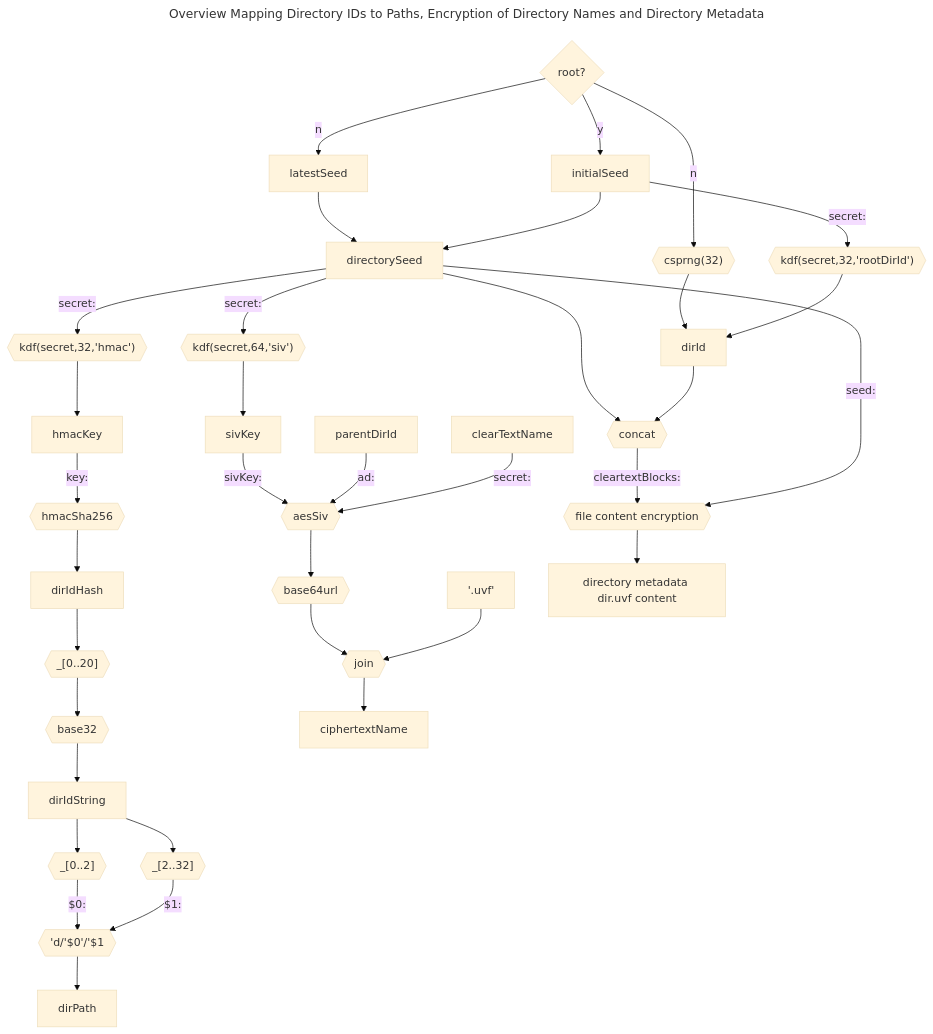
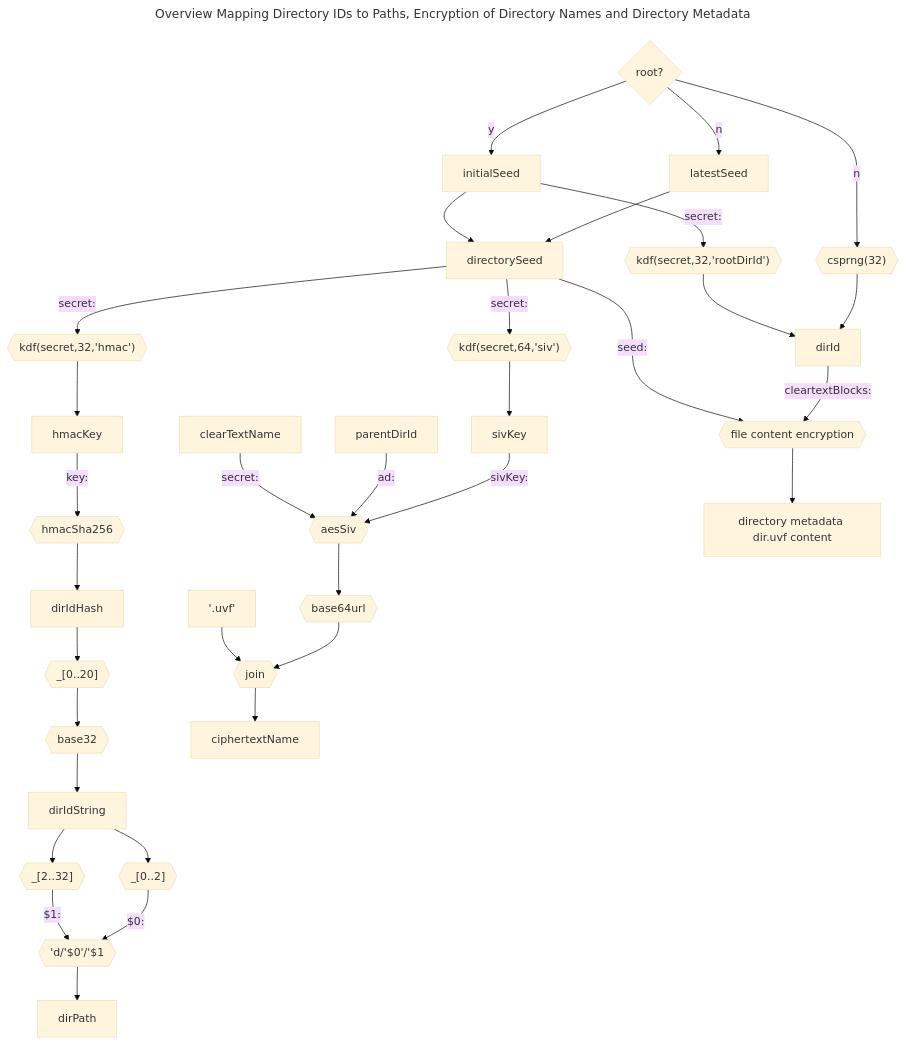
One commit to encryption-alliance/unified-vault-format changed the diagram in file name encryption/AES-SIV-512-B64URL.md. Above: the diagram before and after it, drawn with Mermaid (base theme).

Commit message:
Fix mermaid, only dirId is cleartext content of dir.uvf.

````diff
--- a/file name encryption/AES-SIV-512-B64URL.md
+++ b/file name encryption/AES-SIV-512-B64URL.md
@@ -82,58 +82,55 @@
 ```mermaid
 ---
 title: Overview Mapping Directory IDs to Paths, Encryption of Directory Names and Directory Metadata
 ---
 flowchart TD
-   decision{root?}
-   decision -->|n| latestSeed
-   decision -->|n| csprng32
-   decision -->|y| initialSeed
-   latestSeed --> directorySeed
-   csprng32 --> dirId
-   csprng32{{"csprng(32)"}}
-   initialSeed --> directorySeed
-   initialSeed -->|secret:| kdfRootDirId
-   kdfRootDirId{{"kdf(secret,32,'rootDirId')"}}
-   kdfRootDirId --> dirId
-   directorySeed -->|secret:| kdfSiv
-   kdfSiv{{"kdf(secret,64,'siv')"}}
-   kdfSiv --> sivKey
-   directorySeed -->|secret:| kdfHmac
-   kdfHmac{{"kdf(secret,32,'hmac')"}}
-   kdfHmac --> hmacKey
-   hmacKey -->|key:| hmacSha256
-   hmacSha256{{hmacSha256}}
-   hmacSha256 --> dirIdHash
-   dirIdHash --> truncate
-   truncate{{"_[0..20]"}}
-   truncate --> base32
-   base32{{base32}}
-   base32 --> dirIdString
-   dirIdString --> head
-   head{{"_[0..2]"}}
-   dirIdString --> tail
-   tail{{"_[2..32]"}}
-   head -->|$0:| pattern
-   tail -->|$1:| pattern
-   pattern{{"'d/'$0'/'$1"}}
-   pattern --> dirPath
-   sivKey -->|sivKey:| aesSiv
-   aesSiv{{aesSiv}}
-   parentDirId -->|ad:| aesSiv
-   clearTextName -->|secret:| aesSiv
-   aesSiv --> base64Url
-   base64Url{{base64url}}
-   base64Url --> join
-   uvf --> join
-   uvf["'.uvf'"]
-   join{{"join"}}
-   join --> ciphertextName
-   directorySeed --> concat
-   dirId --> concat
-   concat{{concat}}
-   concat -->|cleartextBlocks:| fileContentEncryption
-   fileContentEncryption{{file content encryption}}
-   directorySeed -->|seed:| fileContentEncryption
-   fileContentEncryption --> dirUvf
-   dirUvf["directory metadata dir.uvf content"]
+    decision{root?}
+    decision -->|n| latestSeed
+    decision -->|n| csprng32
+    decision -->|y| initialSeed
+    latestSeed --> directorySeed
+    csprng32 --> dirId
+    csprng32{{"csprng(32)"}}
+    initialSeed --> directorySeed
+    initialSeed -->|secret:| kdfRootDirId
+    kdfRootDirId{{"kdf(secret,32,'rootDirId')"}}
+    kdfRootDirId --> dirId
+    directorySeed -->|secret:| kdfSiv
+    kdfSiv{{"kdf(secret,64,'siv')"}}
+    kdfSiv --> sivKey
+    directorySeed -->|secret:| kdfHmac
+    kdfHmac{{"kdf(secret,32,'hmac')"}}
+    kdfHmac --> hmacKey
+    hmacKey -->|key:| hmacSha256
+    hmacSha256{{hmacSha256}}
+    hmacSha256 --> dirIdHash
+    dirIdHash --> truncate
+    truncate{{"_[0..20]"}}
+    truncate --> base32
+    base32{{base32}}
+    base32 --> dirIdString
+    dirIdString --> head
+    head{{"_[0..2]"}}
+    dirIdString --> tail
+    tail{{"_[2..32]"}}
+    head -->|$0:| pattern
+    tail -->|$1:| pattern
+    pattern{{"'d/'$0'/'$1"}}
+    pattern --> dirPath
+    sivKey -->|sivKey:| aesSiv
+    aesSiv{{aesSiv}}
+    parentDirId -->|ad:| aesSiv
+    clearTextName -->|secret:| aesSiv
+    aesSiv --> base64Url
+    base64Url{{base64url}}
+    base64Url --> join
+    uvf --> join
+    uvf["'.uvf'"]
+    join{{"join"}}
+    join --> ciphertextName
+    dirId -->|cleartextBlocks:| fileContentEncryption
+    fileContentEncryption{{file content encryption}}
+    directorySeed -->|seed:| fileContentEncryption
+    fileContentEncryption --> dirUvf
+    dirUvf["directory metadata dir.uvf content"]
 ```
````
